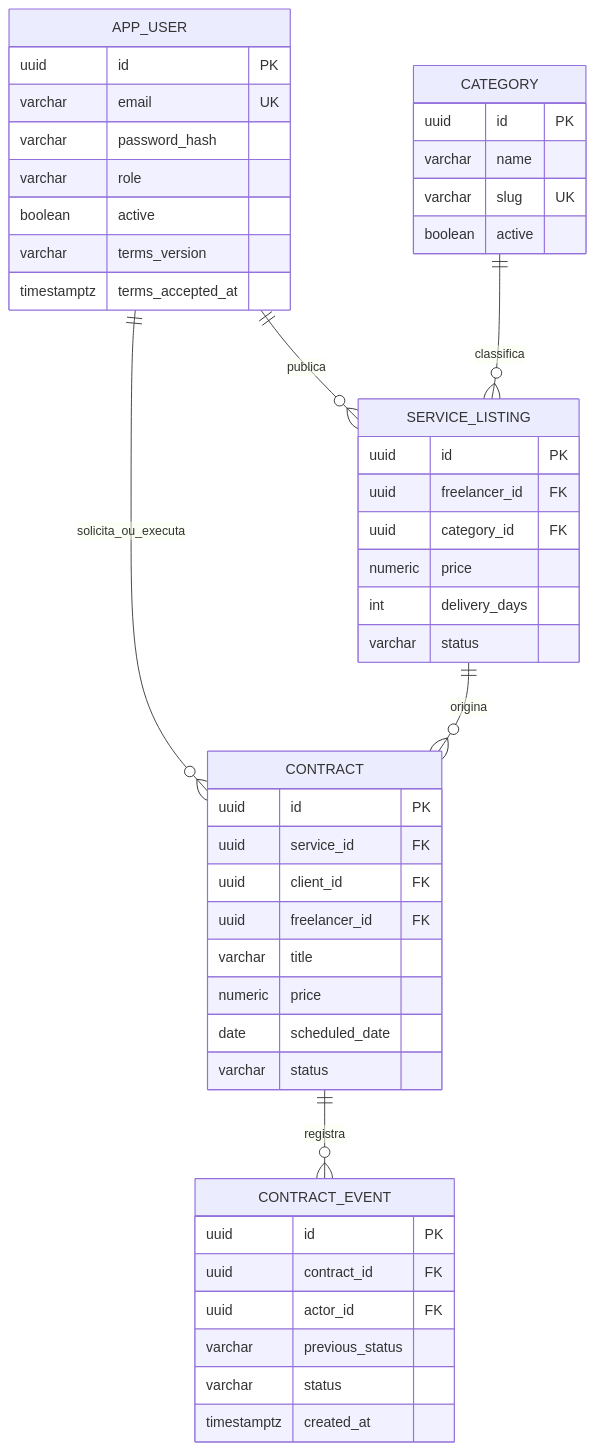
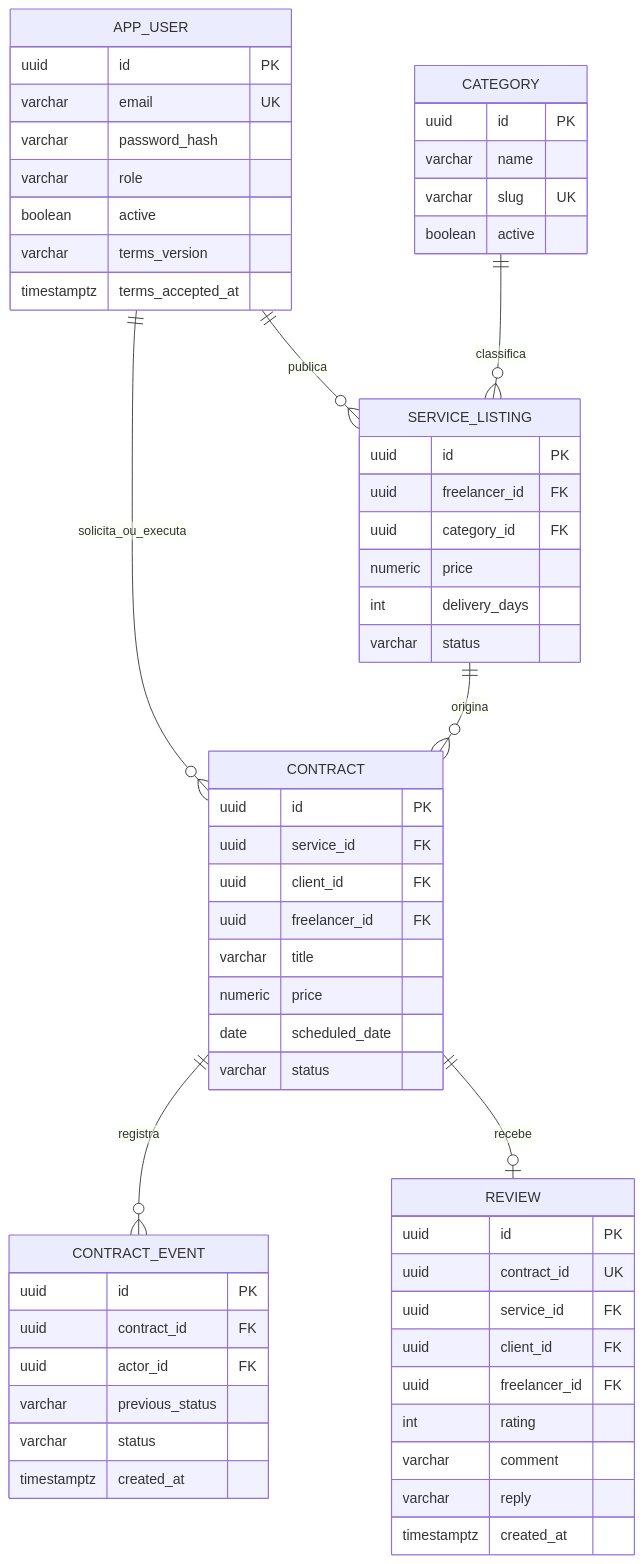
One commit to fabiolrocha/FreeLanceNow changed the diagram in docs/dados.md. Above: the diagram before and after it, drawn with Mermaid. The commit also changed other lines of this file and 24 other files, not shown here.

````diff
--- a/docs/dados.md
+++ b/docs/dados.md
@@ -5,49 +5,61 @@
 ```mermaid
 erDiagram
   APP_USER ||--o{ SERVICE_LISTING : publica
   CATEGORY ||--o{ SERVICE_LISTING : classifica
   APP_USER ||--o{ CONTRACT : solicita_ou_executa
   SERVICE_LISTING ||--o{ CONTRACT : origina
   CONTRACT ||--o{ CONTRACT_EVENT : registra
+  CONTRACT ||--o| REVIEW : recebe
   APP_USER {
     uuid id PK
     varchar email UK
     varchar password_hash
     varchar role
     boolean active
     varchar terms_version
     timestamptz terms_accepted_at
   }
   CATEGORY {
     uuid id PK
     varchar name
     varchar slug UK
     boolean active
   }
   SERVICE_LISTING {
     uuid id PK
     uuid freelancer_id FK
     uuid category_id FK
     numeric price
     int delivery_days
     varchar status
   }
   CONTRACT {
     uuid id PK
     uuid service_id FK
     uuid client_id FK
     uuid freelancer_id FK
     varchar title
     numeric price
     date scheduled_date
     varchar status
   }
   CONTRACT_EVENT {
     uuid id PK
     uuid contract_id FK
     uuid actor_id FK
     varchar previous_status
     varchar status
     timestamptz created_at
   }
+  REVIEW {
+    uuid id PK
+    uuid contract_id UK
+    uuid service_id FK
+    uuid client_id FK
+    uuid freelancer_id FK
+    int rating
+    varchar comment
+    varchar reply
+    timestamptz created_at
+  }
 ```
````
